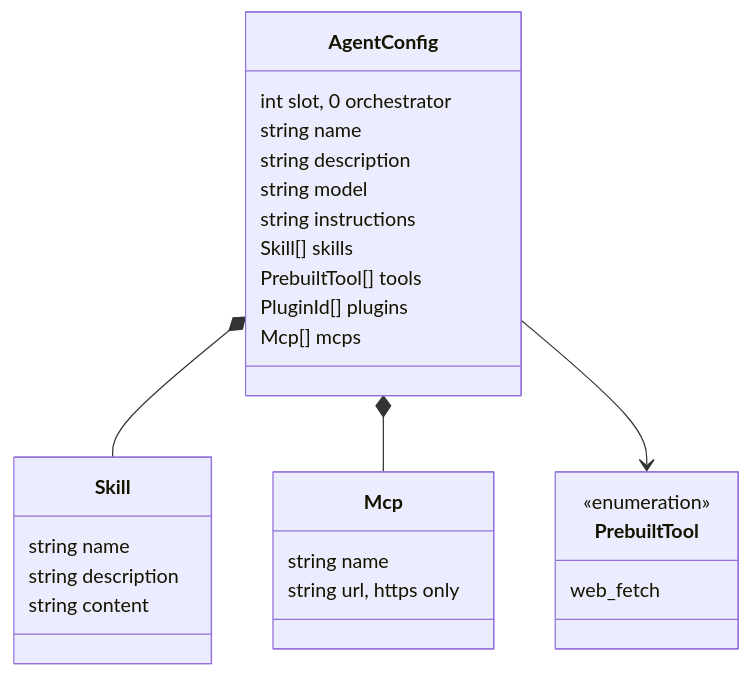
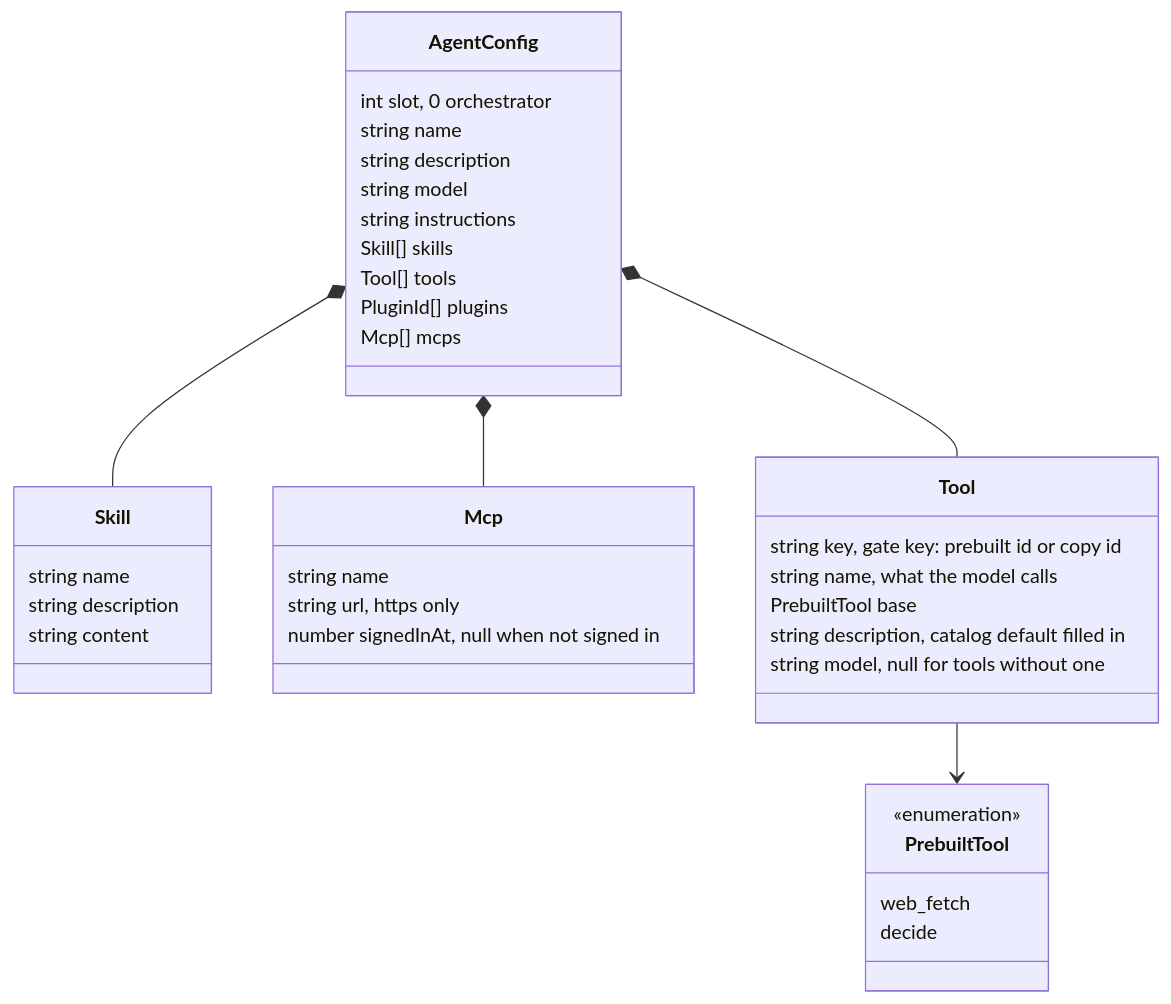
The second of 3 diagrams in architecture.md (riley-zammit/Eve-Foundry), drawn with Mermaid before and after one commit. The commit also changed other lines of this file and 52 other files, not shown here.

````diff
--- a/architecture.md
+++ b/architecture.md
@@ -179,30 +234,40 @@
 ```mermaid
 classDiagram
     class AgentConfig {
         int slot, 0 orchestrator
         string name
         string description
         string model
         string instructions
         Skill[] skills
-        PrebuiltTool[] tools
+        Tool[] tools
         PluginId[] plugins
         Mcp[] mcps
     }
     class Skill {
         string name
         string description
         string content
     }
     class Mcp {
         string name
         string url, https only
+        number signedInAt, null when not signed in
+    }
+    class Tool {
+        string key, gate key: prebuilt id or copy id
+        string name, what the model calls
+        PrebuiltTool base
+        string description, catalog default filled in
+        string model, null for tools without one
     }
     class PrebuiltTool {
         <<enumeration>>
         web_fetch
+        decide
     }
     AgentConfig *-- Skill
     AgentConfig *-- Mcp
-    AgentConfig --> PrebuiltTool
+    AgentConfig *-- Tool
+    Tool --> PrebuiltTool
 ```
````
